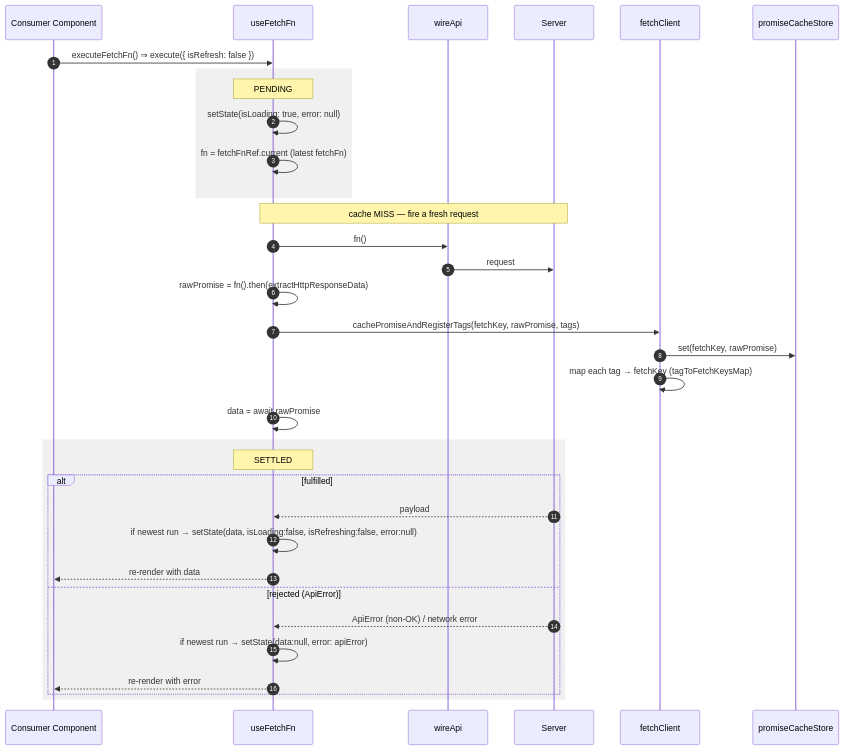
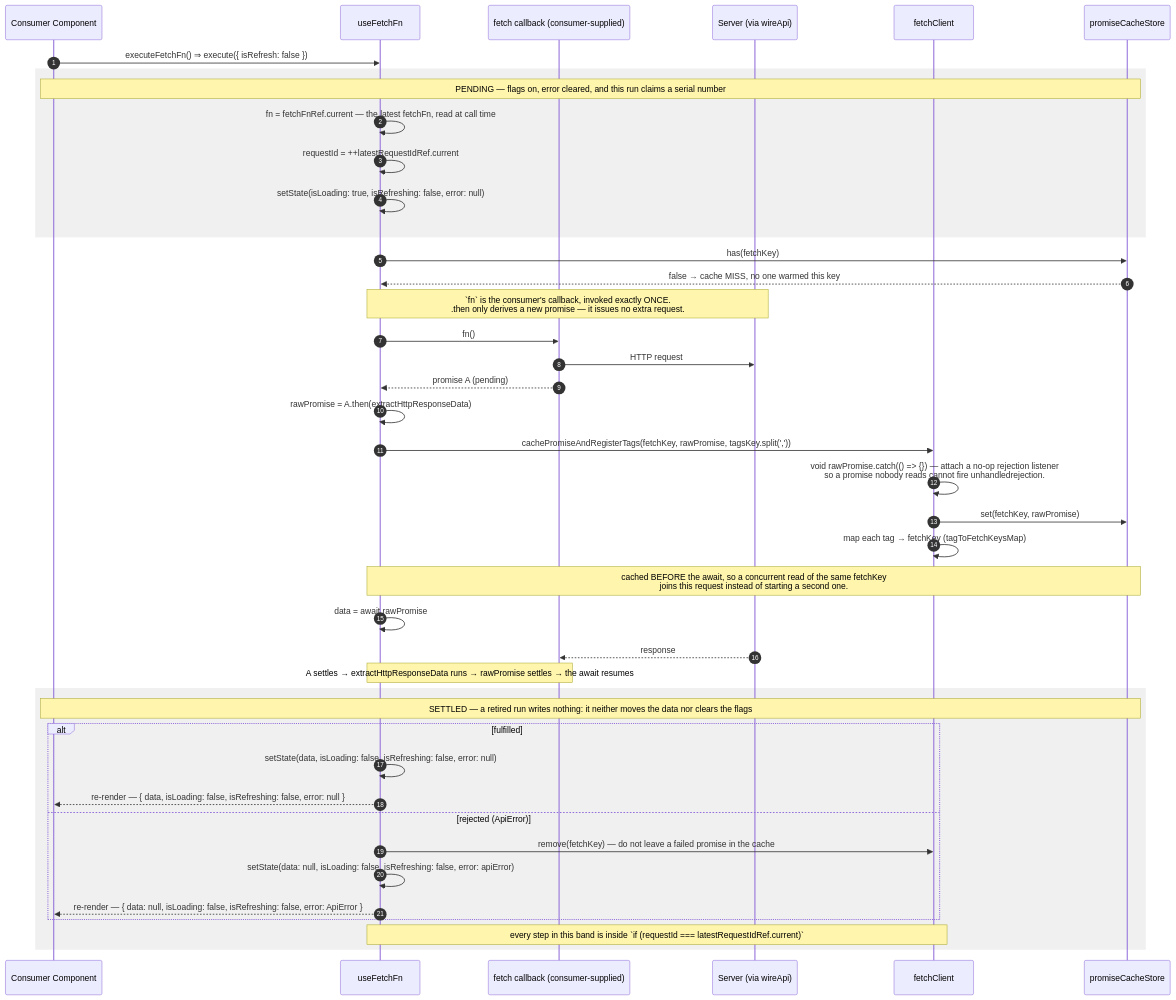
One commit to chuhaiphu/fetchwire changed the third of 4 diagrams in docs/architecture/USE-FETCH-FN-FLOW.md. Above: the diagram before and after it, drawn with Mermaid. The commit also changed other lines of this file and 14 other files, not shown here.

First line of the commit message:
refactor: improve error handling and documentation across fetch and mutation hooks

````diff
--- a/docs/architecture/USE-FETCH-FN-FLOW.md
+++ b/docs/architecture/USE-FETCH-FN-FLOW.md
@@ -103,40 +110,51 @@
 ```mermaid
 sequenceDiagram
     autonumber
     participant Cmp as Consumer Component
     participant H as useFetchFn
-    participant Wire as wireApi
-    participant API as Server
+    participant Fn as fetch callback (consumer-supplied)
+    participant API as Server (via wireApi)
     participant FC as fetchClient
     participant Cache as promiseCacheStore
 
-    Cmp->>H: executeFetchFn()  ⇒ execute({ isRefresh: false })
+    Cmp->>H: executeFetchFn() ⇒ execute({ isRefresh: false })
 
     rect rgba(128,128,128,0.12)
-        Note over H: PENDING
-        H->>H: setState(isLoading: true, error: null)
-        H->>H: fn = fetchFnRef.current  (latest fetchFn)
+        Note over Cmp,Cache: PENDING — flags on, error cleared, and this run claims a serial number
+        H->>H: fn = fetchFnRef.current — the latest fetchFn, read at call time
+        H->>H: requestId = ++latestRequestIdRef.current
+        H->>H: setState(isLoading: true, isRefreshing: false, error: null)
     end
 
-    Note over H,API: cache MISS — fire a fresh request
-    H->>Wire: fn()
-    Wire->>API: request
-    H->>H: rawPromise = fn().then(extractHttpResponseData)
-    H->>FC: cachePromiseAndRegisterTags(fetchKey, rawPromise, tags)
+    H->>Cache: has(fetchKey)
+    Cache-->>H: false → cache MISS, no one warmed this key
+
+    Note over H,API: `fn` is the consumer's callback, invoked exactly ONCE.<br/>.then only derives a new promise — it issues no extra request.
+    H->>Fn: fn()
+    Fn->>API: HTTP request
+    Fn-->>H: promise A (pending)
+    H->>H: rawPromise = A.then(extractHttpResponseData)
+
+    H->>FC: cachePromiseAndRegisterTags(fetchKey, rawPromise, tagsKey.split(','))
+    FC->>FC: void rawPromise.catch(() => {}) — attach a no-op rejection listener<br/>so a promise nobody reads cannot fire unhandledrejection.
     FC->>Cache: set(fetchKey, rawPromise)
     FC->>FC: map each tag → fetchKey (tagToFetchKeysMap)
+    Note over H,Cache: cached BEFORE the await, so a concurrent read of the same fetchKey<br/>joins this request instead of starting a second one.
     H->>H: data = await rawPromise
 
+    API-->>Fn: response
+    Note over Fn,H: A settles → extractHttpResponseData runs → rawPromise settles → the await resumes
+
     rect rgba(128,128,128,0.12)
-        Note over H: SETTLED
+        Note over Cmp,Cache: SETTLED — a retired run writes nothing: it neither moves the data nor clears the flags
         alt fulfilled
-            API-->>H: payload
-            H->>H: if newest run → setState(data, isLoading:false, isRefreshing:false, error:null)
-            H-->>Cmp: re-render with data
+            H->>H: setState(data, isLoading: false, isRefreshing: false, error: null)
+            H-->>Cmp: re-render — { data, isLoading: false, isRefreshing: false, error: null }
         else rejected (ApiError)
-            API-->>H: ApiError (non-OK) / network error
-            H->>H: if newest run → setState(data:null, error: apiError)
-            H-->>Cmp: re-render with error
+            H->>FC: remove(fetchKey) — do not leave a failed promise in the cache
+            H->>H: setState(data: null, isLoading: false, isRefreshing: false, error: apiError)
+            H-->>Cmp: re-render — { data: null, isLoading: false, isRefreshing: false, error: ApiError }
         end
+        Note over H,FC: every step in this band is inside `if (requestId === latestRequestIdRef.current)`
     end
 ```
````
